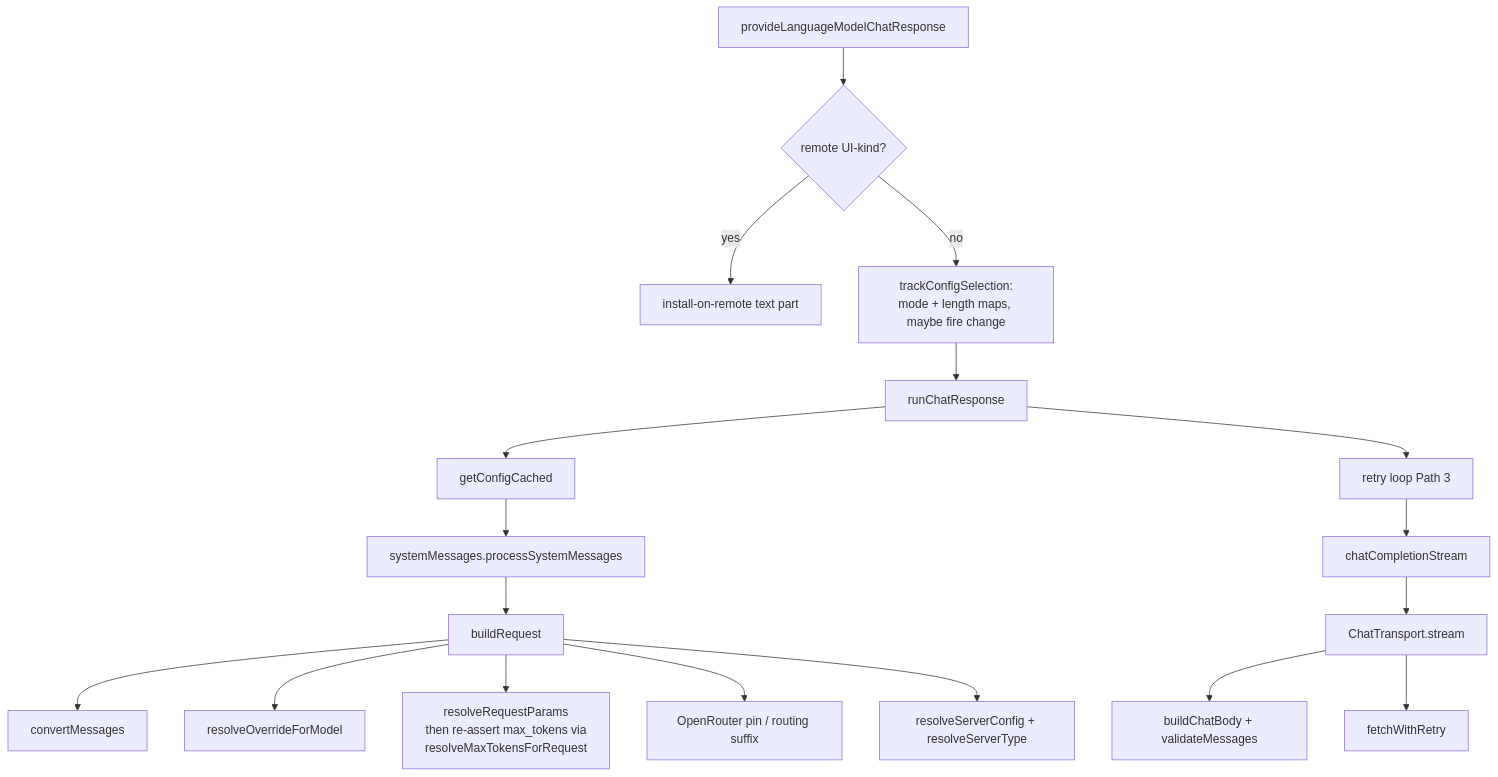
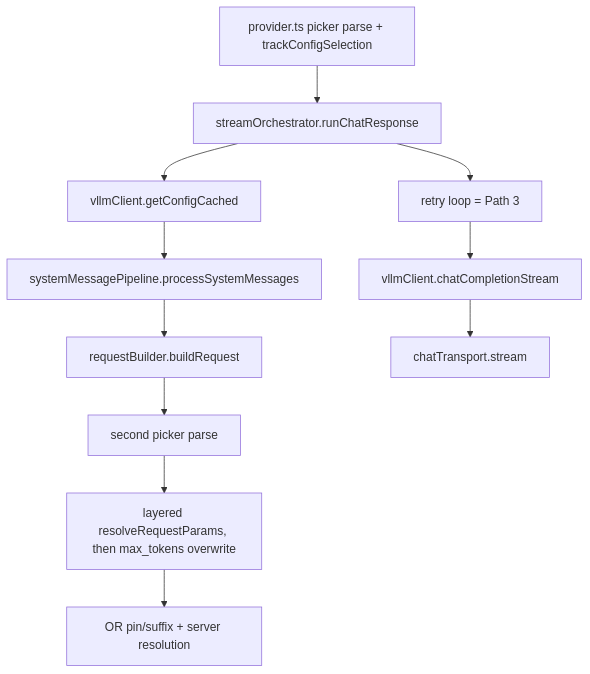
One commit to fuzzifikation/vLLM-Copilot changed the first of 18 diagrams in docs/complexity-audit.md. Above: the diagram before and after it, drawn with Mermaid. The commit also changed other lines of this file and 113 other files, not shown here.

````diff
--- a/docs/complexity-audit.md
+++ b/docs/complexity-audit.md
@@ -112,20 +106,7 @@
 ```mermaid
 flowchart TD
-    A[provideLanguageModelChatResponse] --> B{remote UI-kind?}
-    B -->|yes| B1[install-on-remote text part]
-    B -->|no| C[trackConfigSelection:<br/>mode + length maps, maybe fire change]
-    C --> D[runChatResponse]
-    D --> E[getConfigCached]
-    E --> F[systemMessages.processSystemMessages]
-    F --> G[buildRequest]
-    G --> G1[convertMessages]
-    G --> G2[resolveOverrideForModel]
-    G --> G3[resolveRequestParams<br/>then re-assert max_tokens via<br/>resolveMaxTokensForRequest]
-    G --> G4[OpenRouter pin / routing suffix]
-    G --> G5[resolveServerConfig + resolveServerType]
-    D --> H[retry loop Path 3]
-    H --> I[chatCompletionStream]
-    I --> J[ChatTransport.stream]
-    J --> K[buildChatBody + validateMessages]
-    J --> L[fetchWithRetry]
+  A[provider.ts picker parse + trackConfigSelection] --> B[streamOrchestrator.runChatResponse]
+  B --> C[vllmClient.getConfigCached] --> D[systemMessagePipeline.processSystemMessages] --> E[requestBuilder.buildRequest]
+  E --> E1[second picker parse] --> E2[layered resolveRequestParams, then max_tokens overwrite] --> E3[OR pin/suffix + server resolution]
+  B --> F[retry loop = Path 3] --> G[vllmClient.chatCompletionStream] --> H[chatTransport.stream]
 ```
````
